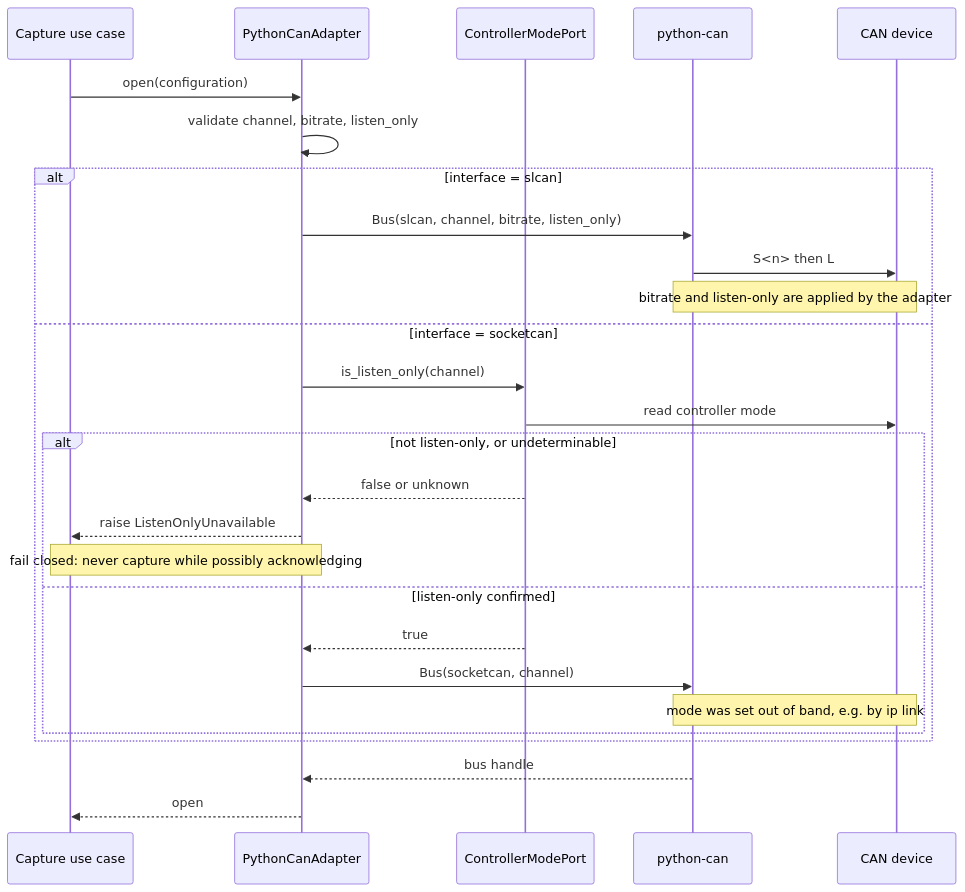
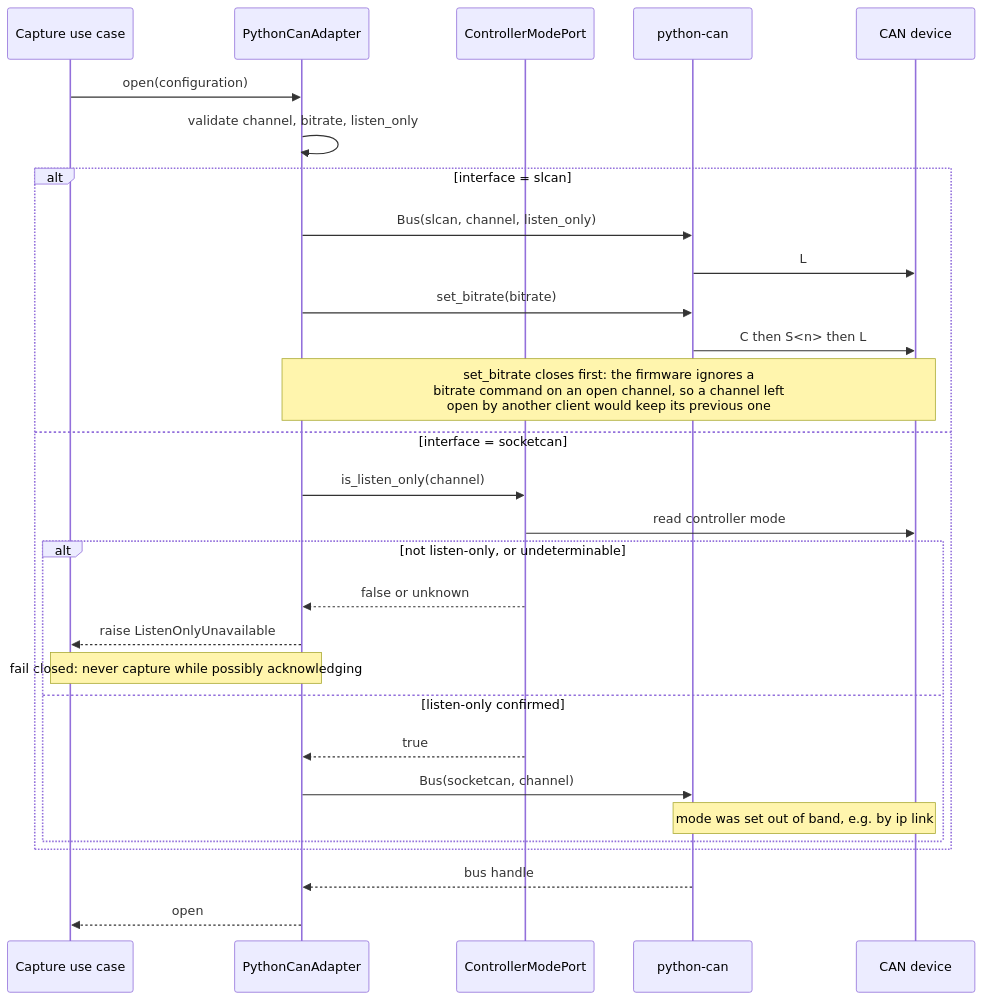
The diagram in docs/architecture/diagrams/can-capture/02-sequence-open.md (benoit-bremaud/can-sniffer), drawn with Mermaid before and after one commit. The commit also changed other lines of this file and 4 other files, not shown here.

````diff
--- a/docs/architecture/diagrams/can-capture/02-sequence-open.md
+++ b/docs/architecture/diagrams/can-capture/02-sequence-open.md
@@ -17,32 +17,34 @@
 ```mermaid
 sequenceDiagram
     participant UseCase as Capture use case
     participant Adapter as PythonCanAdapter
     participant Mode as ControllerModePort
     participant Bus as python-can
     participant Device as CAN device
 
     UseCase->>Adapter: open(configuration)
     Adapter->>Adapter: validate channel, bitrate, listen_only
 
     alt interface = slcan
-        Adapter->>Bus: Bus(slcan, channel, bitrate, listen_only)
-        Bus->>Device: S<n> then L
-        Note over Bus,Device: bitrate and listen-only are applied by the adapter
+        Adapter->>Bus: Bus(slcan, channel, listen_only)
+        Bus->>Device: L
+        Adapter->>Bus: set_bitrate(bitrate)
+        Bus->>Device: C then S<n> then L
+        Note over Adapter,Device: set_bitrate closes first: the firmware ignores a<br/>bitrate command on an open channel, so a channel left<br/>open by another client would keep its previous one
     else interface = socketcan
         Adapter->>Mode: is_listen_only(channel)
         Mode->>Device: read controller mode
         alt not listen-only, or undeterminable
             Mode-->>Adapter: false or unknown
             Adapter-->>UseCase: raise ListenOnlyUnavailable
             Note over Adapter,UseCase: fail closed: never capture while possibly acknowledging
         else listen-only confirmed
             Mode-->>Adapter: true
             Adapter->>Bus: Bus(socketcan, channel)
             Note over Bus,Device: mode was set out of band, e.g. by ip link
         end
     end
 
     Bus-->>Adapter: bus handle
     Adapter-->>UseCase: open
 ```
````
